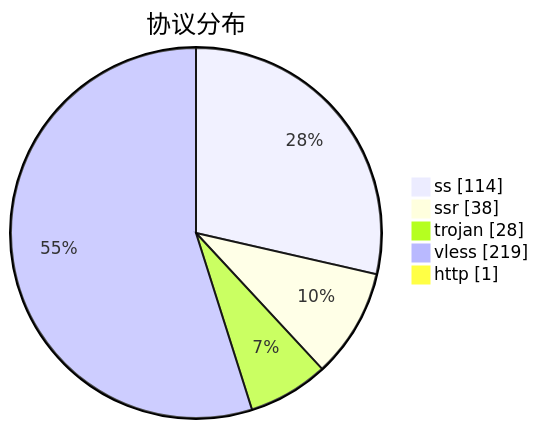
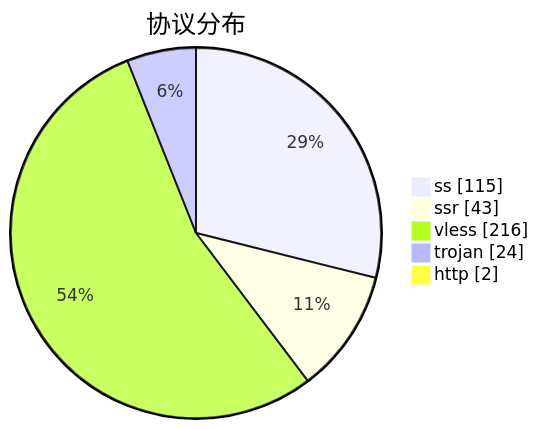
The third of 3 diagrams in subs/statistics/tested_within.md (qjlxg/airport), drawn with Mermaid before and after one commit. The commit also changed other lines of this file and 2 other files, not shown here.

````diff
--- a/subs/statistics/tested_within.md
+++ b/subs/statistics/tested_within.md
@@ -19,9 +19,9 @@
 ```mermaid
 pie showData
 title 协议分布
-"ss" : 114
-"ssr" : 38
-"trojan" : 28
-"vless" : 219
-"http" : 1
+"ss" : 115
+"ssr" : 43
+"vless" : 216
+"trojan" : 24
+"http" : 2
 ```
````
